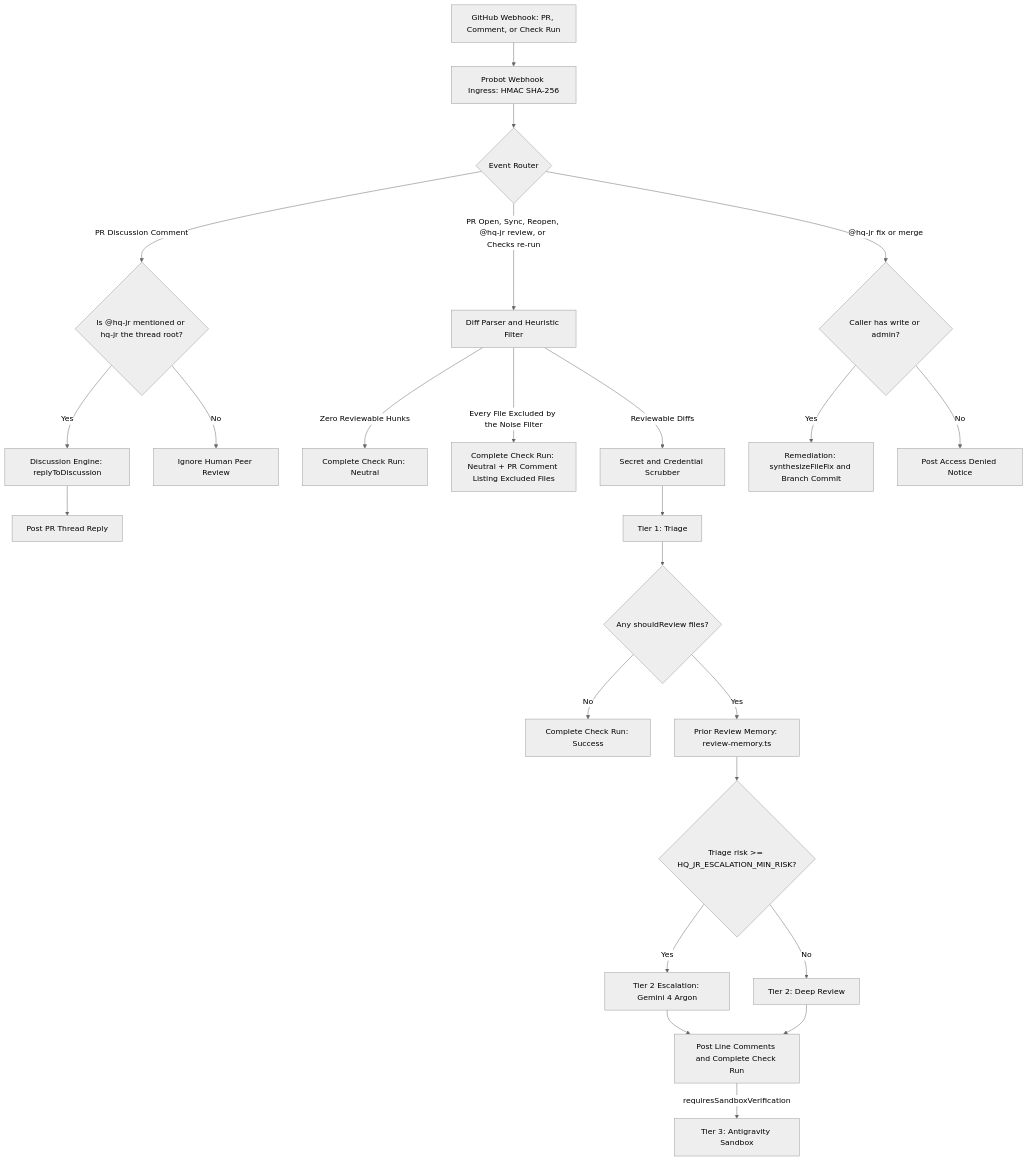
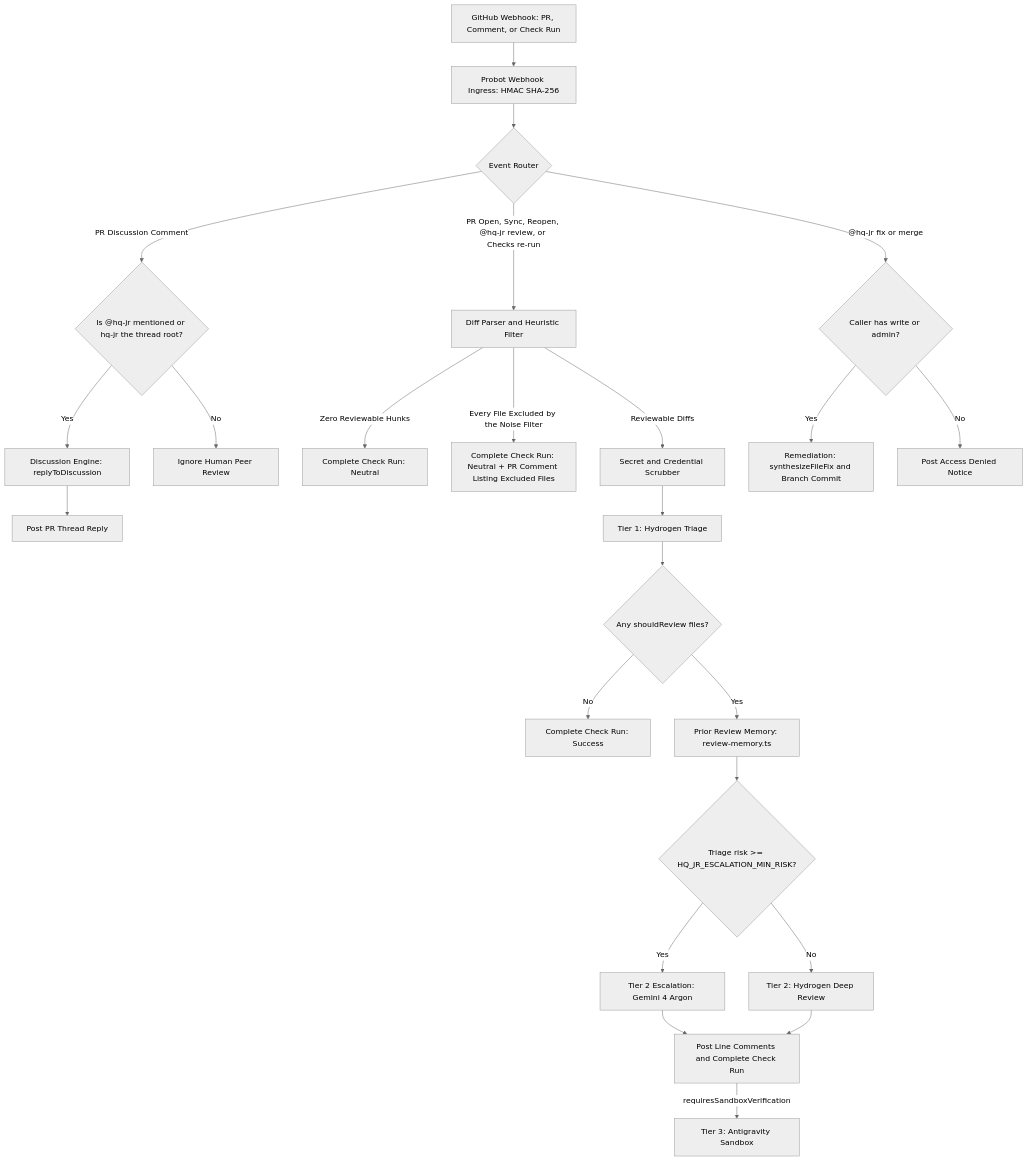
One commit to adi-IL/hq-jr changed the diagram in README.md. Above: the diagram before and after it, drawn with Mermaid (neutral theme). The commit also changed other lines of this file and 19 other files, not shown here.

````diff
--- a/README.md
+++ b/README.md
@@ -53,31 +53,31 @@
 ```mermaid
 flowchart TD
     PR["GitHub Webhook: PR, Comment, or Check Run"] --> Ingress["Probot Webhook Ingress: HMAC SHA-256"]
     Ingress --> Route{"Event Router"}
     
     Route -->|"PR Discussion Comment"| AntiHijack{"Is @hq-jr mentioned or hq-jr the thread root?"}
     AntiHijack -->|"Yes"| Disc["Discussion Engine: replyToDiscussion"]
     Disc --> PostReply["Post PR Thread Reply"]
     AntiHijack -->|"No"| Ignore["Ignore Human Peer Review"]
     
     Route -->|"PR Open, Sync, Reopen, @hq-jr review, or Checks re-run"| Filter["Diff Parser and Heuristic Filter"]
     Filter -->|"Zero Reviewable Hunks"| FastPass["Complete Check Run: Neutral"]
     Filter -->|"Every File Excluded by the Noise Filter"| ExcludedPass["Complete Check Run: Neutral + PR Comment Listing Excluded Files"]
     Filter -->|"Reviewable Diffs"| Scrubber["Secret and Credential Scrubber"]
-    Scrubber --> Tier1["Tier 1: Triage"]
+    Scrubber --> Tier1["Tier 1: Hydrogen Triage"]
     
     Tier1 --> TriageDecision{"Any shouldReview files?"}
     TriageDecision -->|"No"| LowRiskExit["Complete Check Run: Success"]
     TriageDecision -->|"Yes"| Memory["Prior Review Memory: review-memory.ts"]
     Memory --> Gate{"Triage risk >= HQ_JR_ESCALATION_MIN_RISK?"}
     Gate -->|"Yes"| Argon["Tier 2 Escalation: Gemini 4 Argon"]
-    Gate -->|"No"| Tier2["Tier 2: Deep Review"]
+    Gate -->|"No"| Tier2["Tier 2: Hydrogen Deep Review"]
     
     Argon --> Output["Post Line Comments and Complete Check Run"]
     Tier2 --> Output
     Output -->|"requiresSandboxVerification"| Tier3["Tier 3: Antigravity Sandbox"]
     
     Route -->|"@hq-jr fix or merge"| RBAC{"Caller has write or admin?"}
     RBAC -->|"Yes"| Remediate["Remediation: synthesizeFileFix and Branch Commit"]
     RBAC -->|"No"| Deny["Post Access Denied Notice"]
 ```
````
